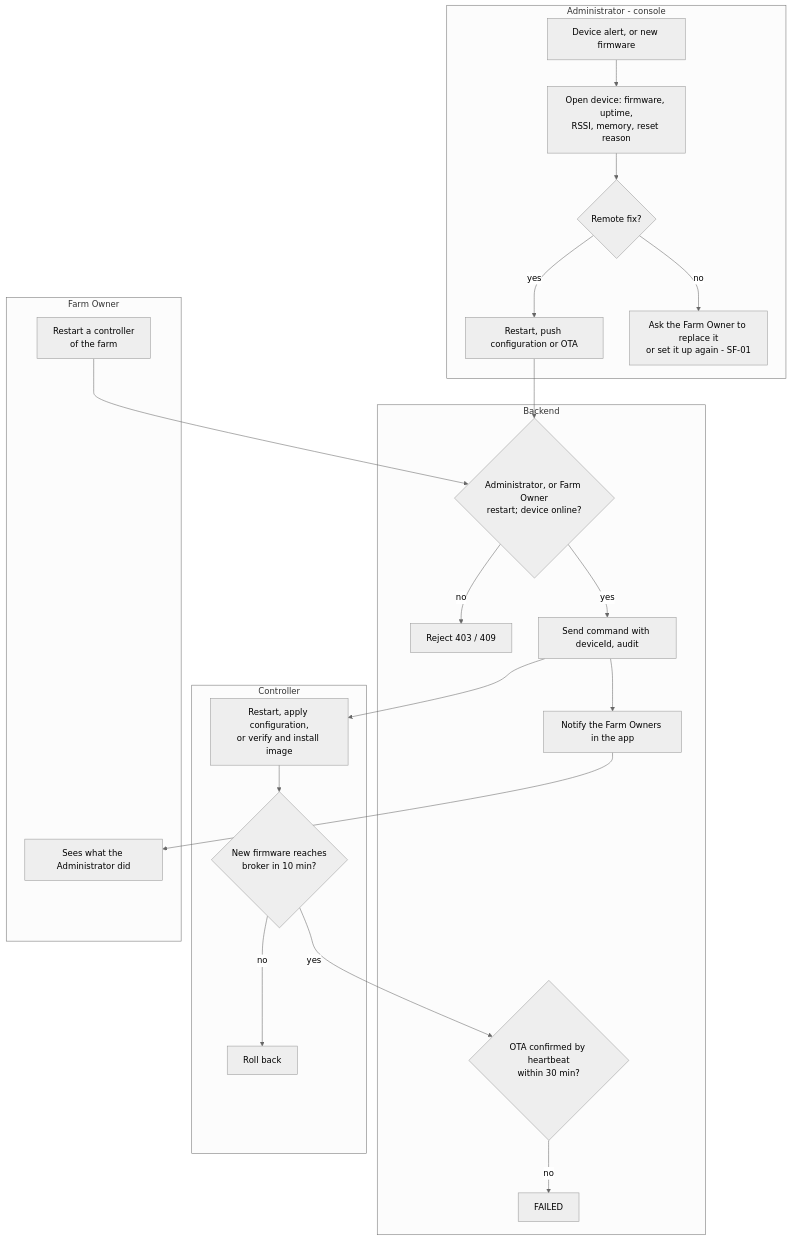
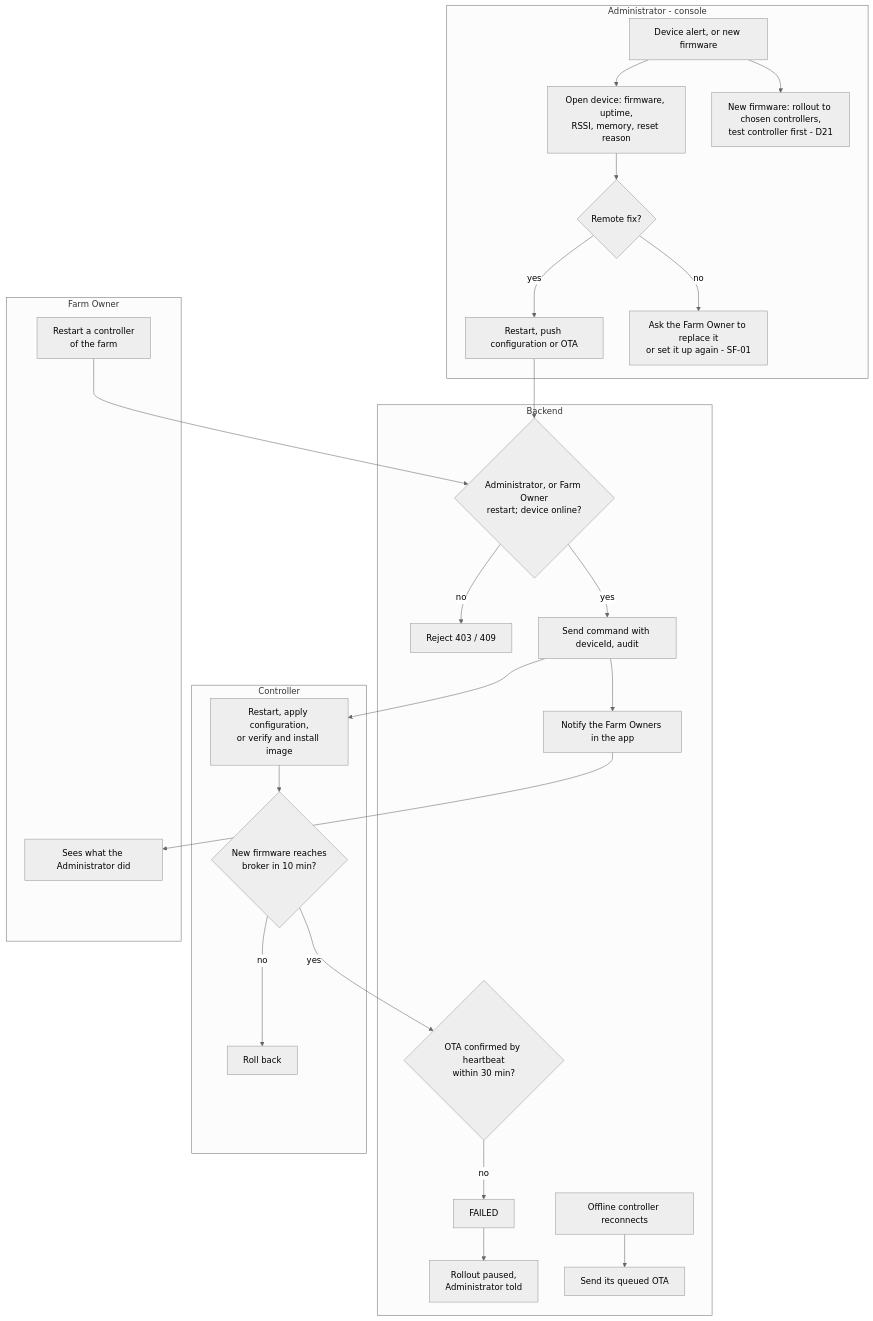
Diagram 38 of 40 in docs/reports/report4-sdd.md (NBao261/SwiftletCare_KLTN), drawn with Mermaid (neutral theme) before and after one commit. The commit also changed other lines of this file and 8 other files, not shown here.

First line of the commit message:
docs(srs): roll out firmware to controllers, offline ones on reconnect

````diff
--- a/docs/reports/report4-sdd.md
+++ b/docs/reports/report4-sdd.md
@@ -1780,28 +1783,31 @@
 ```mermaid
 flowchart TB
   subgraph T[Administrator - console]
     T0[Device alert, or new firmware] --> T1[Open device: firmware, uptime,<br/>RSSI, memory, reset reason]
     T1 --> T2{Remote fix?}
     T2 -- yes --> T3[Restart, push configuration or OTA]
+    T0 --> T5[New firmware: rollout to chosen controllers,<br/>test controller first - D21]
     T2 -- no --> T4[Ask the Farm Owner to replace it<br/>or set it up again - SF-01]
   end
   subgraph B[Backend]
     B1{Administrator, or Farm Owner<br/>restart; device online?} -- no --> B2[Reject 403 / 409]
     B1 -- yes --> B3[Send command with deviceId, audit]
     B3 --> B4[Notify the Farm Owners in the app]
     B5{OTA confirmed by heartbeat<br/>within 30 min?} -- no --> B6[FAILED]
+    B6 --> B7[Rollout paused,<br/>Administrator told]
+    B8[Offline controller reconnects] --> B9[Send its queued OTA]
   end
   subgraph C[Controller]
     C1[Restart, apply configuration,<br/>or verify and install image]
     C1 --> C2{New firmware reaches<br/>broker in 10 min?} -- no --> C3[Roll back]
   end
   subgraph O[Farm Owner]
     O0[Restart a controller<br/>of the farm]
     O1[Sees what the Administrator did]
   end
   T3 --> B1
   O0 --> B1
   B3 --> C1
   C2 -- yes --> B5
   B4 --> O1
 ```
````
